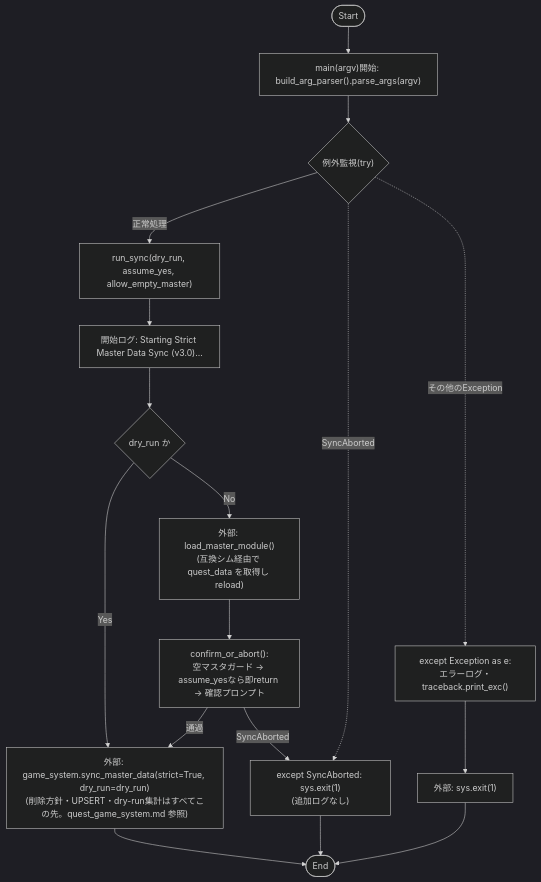
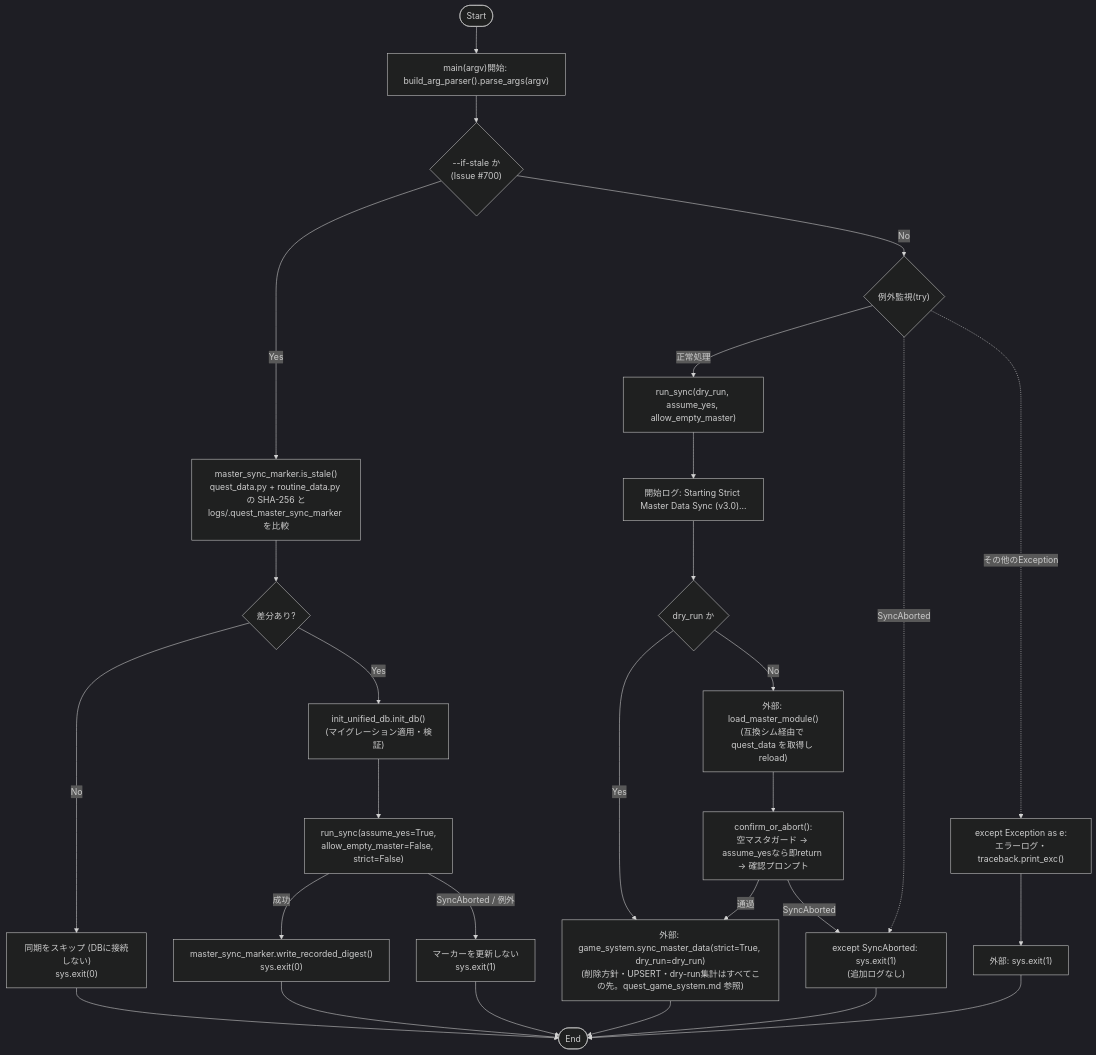
Before and after one commit to mmtigers/my_python_project: the first of 2 diagrams in docs/specifications/MY_HOME_SYSTEM/sync_strict.md, drawn with Mermaid (dark theme). The commit also changed other lines of this file and 14 other files, not shown here.

````diff
--- a/docs/specifications/MY_HOME_SYSTEM/sync_strict.md
+++ b/docs/specifications/MY_HOME_SYSTEM/sync_strict.md
@@ -125,22 +159,33 @@
 ```mermaid
 flowchart TD
     Start([Start]) --> MainStart["main(argv)開始: build_arg_parser().parse_args(argv)"]
-    MainStart --> TryBlock{"例外監視(try)"}
+    MainStart --> IfStale{"--if-stale か<br/>(Issue #700)"}
+    IfStale -- Yes --> Marker["master_sync_marker.is_stale()<br/>quest_data.py + routine_data.py の SHA-256 と<br/>logs/.quest_master_sync_marker を比較"]
+    Marker --> StaleQ{"差分あり?"}
+    StaleQ -- No --> SkipSync["同期をスキップ (DBに接続しない)<br/>sys.exit(0)"]
+    SkipSync --> End
+    StaleQ -- Yes --> InitDb["init_unified_db.init_db()<br/>(マイグレーション適用・検証)"]
+    InitDb --> StaleSync["run_sync(assume_yes=True,<br/>allow_empty_master=False, strict=False)"]
+    StaleSync -->|"成功"| WriteMarker["master_sync_marker.write_recorded_digest()<br/>sys.exit(0)"]
+    StaleSync -->|"SyncAborted / 例外"| NoMarker["マーカーを更新しない<br/>sys.exit(1)"]
+    WriteMarker --> End
+    NoMarker --> End
+    IfStale -- No --> TryBlock{"例外監視(try)"}
     TryBlock -->|正常処理| CallRunSync["run_sync(dry_run, assume_yes, allow_empty_master)"]
 
     CallRunSync --> StartLog["開始ログ: Starting Strict Master Data Sync (v3.0)..."]
     StartLog --> DryCheck{"dry_run か"}
     DryCheck -- Yes --> CallSync
     DryCheck -- No --> LoadMaster["外部: load_master_module()<br/>(互換シム経由で quest_data を取得し reload)"]
     LoadMaster --> Confirm["confirm_or_abort():<br/>空マスタガード → assume_yesなら即return → 確認プロンプト"]
     Confirm -->|SyncAborted| CatchAbort
     Confirm -->|通過| CallSync["外部: game_system.sync_master_data(strict=True, dry_run=dry_run)<br/>(削除方針・UPSERT・dry-run集計はすべてこの先。quest_game_system.md 参照)"]
 
     CallSync --> End([End])
 
     TryBlock -.->|SyncAborted| CatchAbort["except SyncAborted: sys.exit(1)<br/>(追加ログなし)"]
     CatchAbort --> End
     TryBlock -.->|その他のException| CatchOther["except Exception as e:<br/>エラーログ・traceback.print_exc()"]
     CatchOther --> ExitOther["外部: sys.exit(1)"]
     ExitOther --> End
 ```
````
